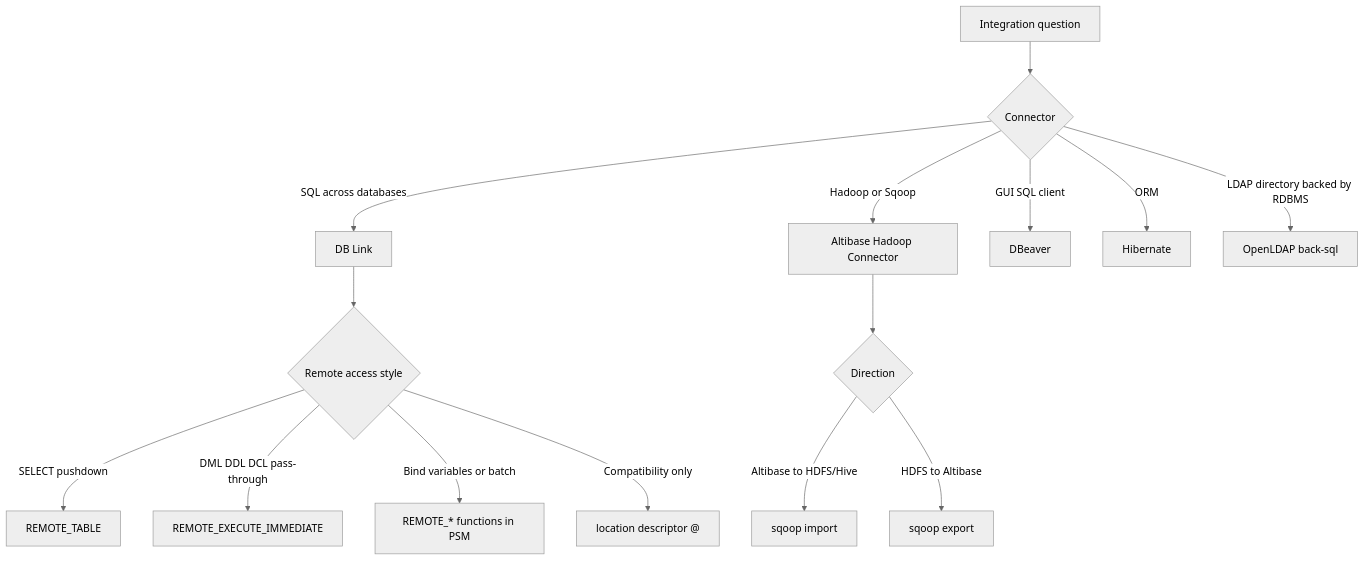
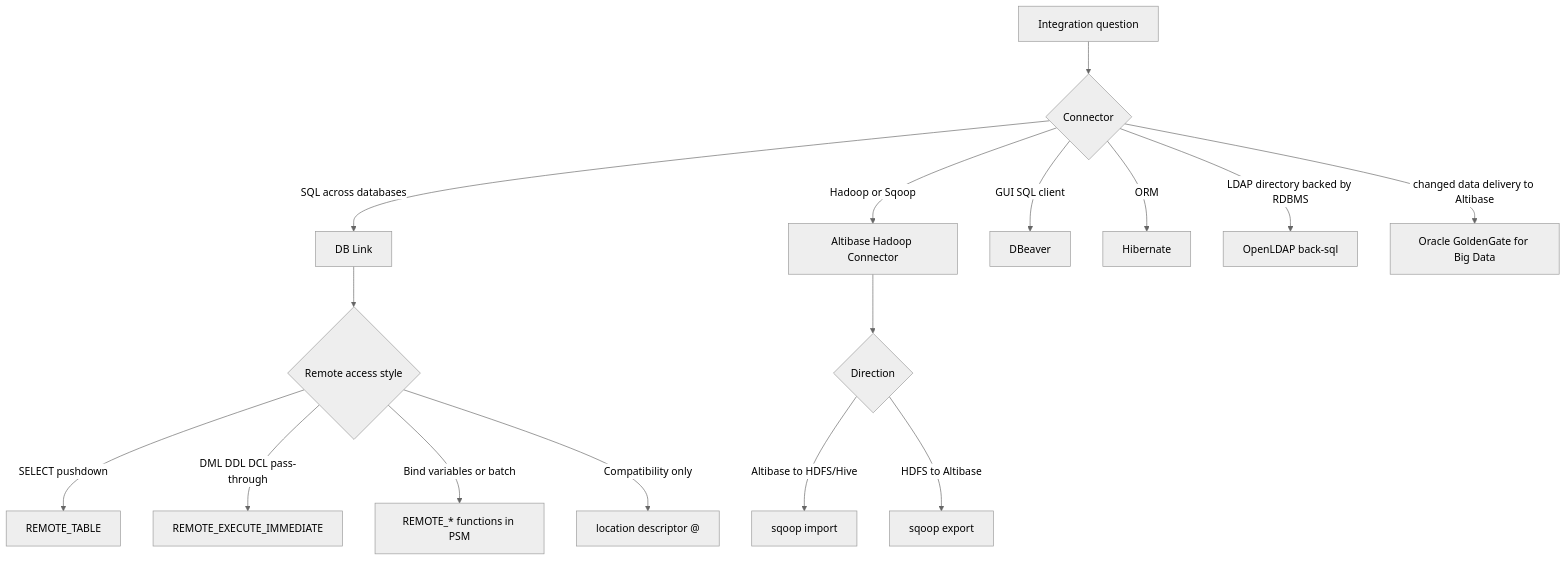
The first of 4 diagrams in GPTs/attachments/16_dblink_external_connectors.md (et16kr/AltibaseDocuments), drawn with Mermaid (neutral theme) before and after one commit. The commit also changed other lines of this file and 2 other files, not shown here.

First line of the commit message:
Remediate L08: Confirm GoldenGate is out of scope, or add a small source-backed sect...

````diff
--- a/GPTs/attachments/16_dblink_external_connectors.md
+++ b/GPTs/attachments/16_dblink_external_connectors.md
@@ -39,17 +41,18 @@
 ```mermaid
 flowchart TD
   A[Integration question] --> B{Connector}
   B -- SQL across databases --> C[DB Link]
   B -- Hadoop or Sqoop --> D[Altibase Hadoop Connector]
   B -- GUI SQL client --> E[DBeaver]
   B -- ORM --> F[Hibernate]
   B -- LDAP directory backed by RDBMS --> G[OpenLDAP back-sql]
+  B -- changed data delivery to Altibase --> P[Oracle GoldenGate for Big Data]
   C --> H{Remote access style}
   H -- SELECT pushdown --> I[REMOTE_TABLE]
   H -- DML DDL DCL pass-through --> J[REMOTE_EXECUTE_IMMEDIATE]
   H -- Bind variables or batch --> K[REMOTE_* functions in PSM]
   H -- Compatibility only --> L[location descriptor @]
   D --> M{Direction}
   M -- Altibase to HDFS/Hive --> N[sqoop import]
   M -- HDFS to Altibase --> O[sqoop export]
 ```
````
